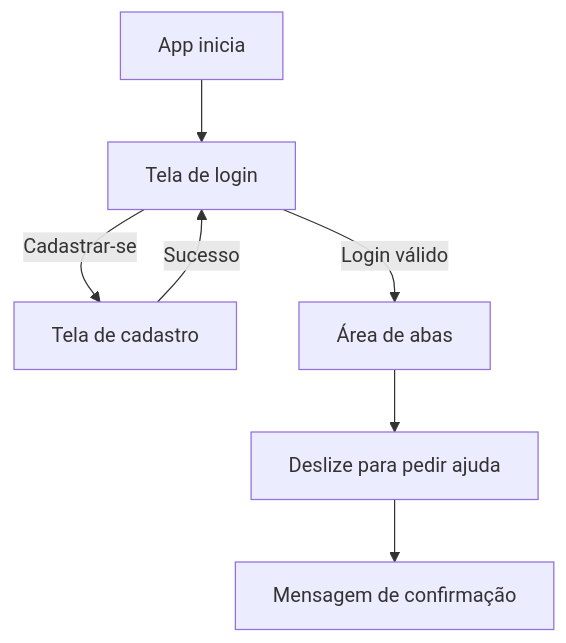
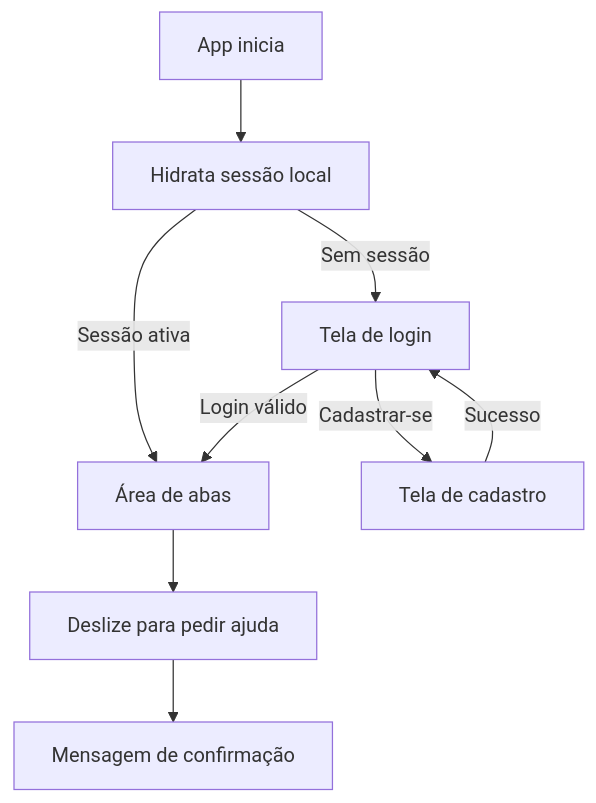
Before and after one commit to thaymacegossa/pdm-security_app: the diagram in README.md, drawn with Mermaid. The commit also changed other lines of this file, not shown here.

````diff
--- a/README.md
+++ b/README.md
@@ -253,9 +267,11 @@
 ```mermaid
 flowchart TD
-  A[App inicia] --> B[Tela de login]
-  B -->|Cadastrar-se| C[Tela de cadastro]
-  C -->|Sucesso| B
-  B -->|Login válido| D[Área de abas]
-  D --> E[Deslize para pedir ajuda]
-  E --> F[Mensagem de confirmação]
+  A[App inicia] --> B[Hidrata sessão local]
+  B -->|Sessão ativa| C[Área de abas]
+  B -->|Sem sessão| D[Tela de login]
+  D -->|Cadastrar-se| E[Tela de cadastro]
+  E -->|Sucesso| D
+  D -->|Login válido| C
+  C --> F[Deslize para pedir ajuda]
+  F --> G[Mensagem de confirmação]
 ```
````
